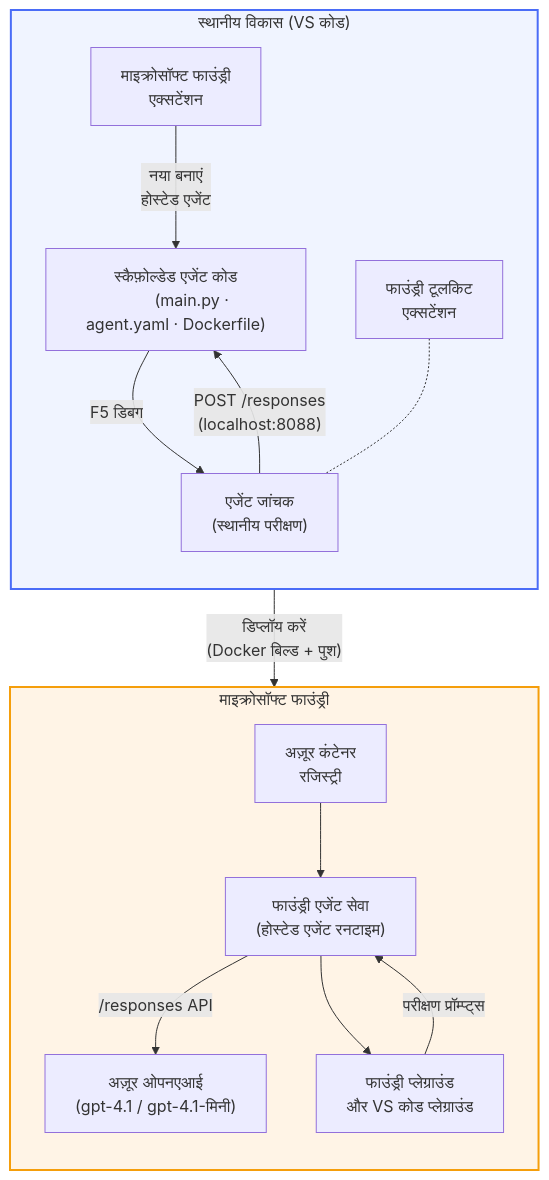
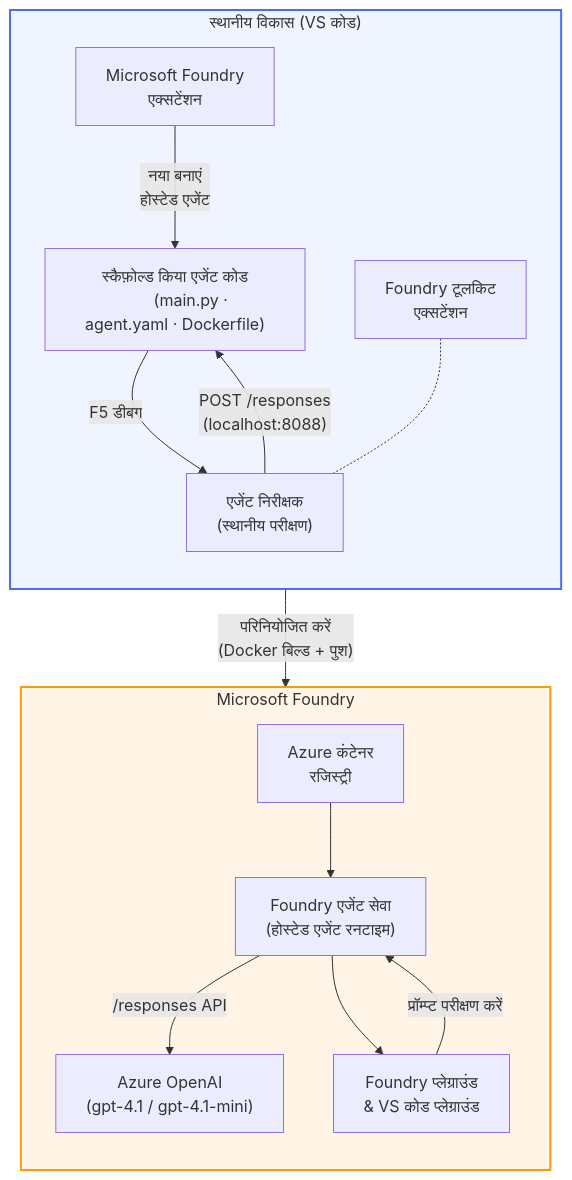
Before and after one commit to microsoft-foundry/Foundry_Toolkit_for_VSCode_Lab: the diagram in translations/hi/README.md, drawn with Mermaid. The commit also changed other lines of this file and 110 other files, not shown here.

````diff
--- a/translations/hi/README.md
+++ b/translations/hi/README.md
@@ -48,42 +52,42 @@
 ```mermaid
 flowchart TB
     subgraph Local["स्थानीय विकास (VS कोड)"]
         direction TB
-        FE["माइक्रोसॉफ्ट फाउंड्री
+        FE["Microsoft Foundry
         एक्सटेंशन"]
-        FoundryToolkit["फाउंड्री टूलकिट
+        FoundryToolkit["Foundry टूलकिट
         एक्सटेंशन"]
-        Scaffold["स्कैफ़ोल्डेड एजेंट कोड
+        Scaffold["स्कैफ़ोल्ड किया एजेंट कोड
         (main.py · agent.yaml · Dockerfile)"]
-        Inspector["एजेंट जांचक
+        Inspector["एजेंट निरीक्षक
         (स्थानीय परीक्षण)"]
         FE -- "नया बनाएं
         होस्टेड एजेंट" --> Scaffold
-        Scaffold -- "F5 डिबग" --> Inspector
+        Scaffold -- "F5 डीबग" --> Inspector
         FoundryToolkit -.- Inspector
     end
 
-    subgraph Cloud["माइक्रोसॉफ्ट फाउंड्री"]
+    subgraph Cloud["Microsoft Foundry"]
         direction TB
-        ACR["अज़ूर कंटेनर
+        ACR["Azure कंटेनर
         रजिस्ट्री"]
-        AgentService["फाउंड्री एजेंट सेवा
+        AgentService["Foundry एजेंट सेवा
         (होस्टेड एजेंट रनटाइम)"]
-        Model["अज़ूर ओपनएआई
-        (gpt-4.1 / gpt-4.1-मिनी)"]
-        Playground["फाउंड्री प्लेग्राउंड
-        और VS कोड प्लेग्राउंड"]
+        Model["Azure OpenAI
+        (gpt-4.1 / gpt-4.1-mini)"]
+        Playground["Foundry प्लेग्राउंड
+        & VS कोड प्लेग्राउंड"]
         ACR --> AgentService
         AgentService -- "/responses API" --> Model
         AgentService --> Playground
     end
 
-    Scaffold -- "डिप्लॉय करें
+    Scaffold -- "परिनियोजित करें
     (Docker बिल्ड + पुश)" --> ACR
     Inspector -- "POST /responses
     (localhost:8088)" --> Scaffold
-    Playground -- "परीक्षण प्रॉम्प्ट्स" --> AgentService
+    Playground -- "प्रॉम्प्ट परीक्षण करें" --> AgentService
 
     style Local fill:#f0f4ff,stroke:#4a6cf7,stroke-width:2px
     style Cloud fill:#fff4e6,stroke:#f59e0b,stroke-width:2px
 ```
````
